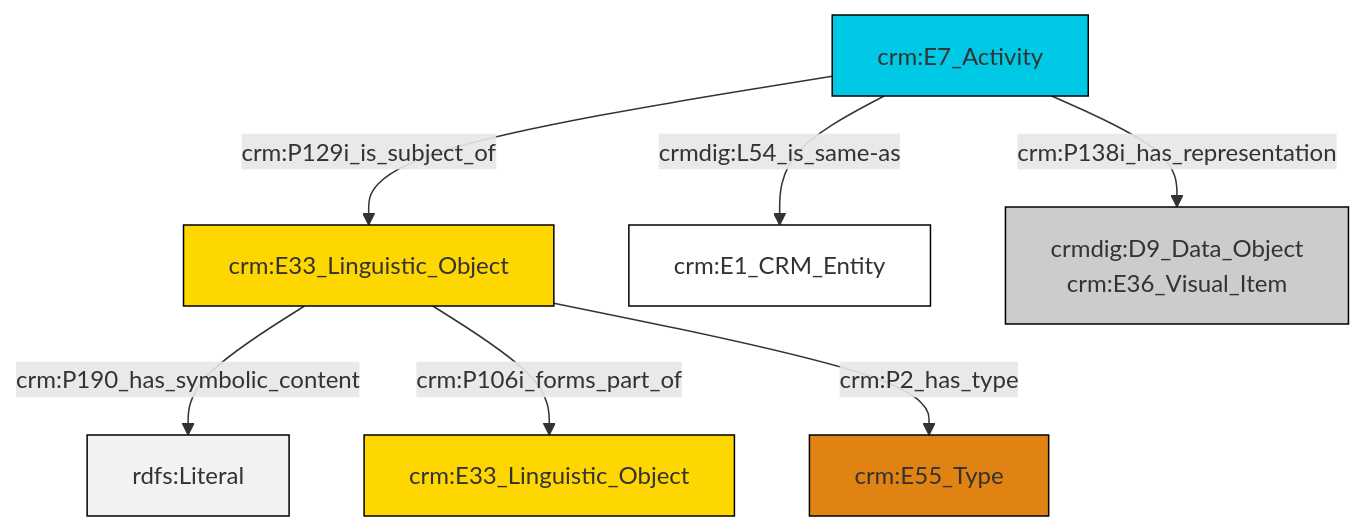
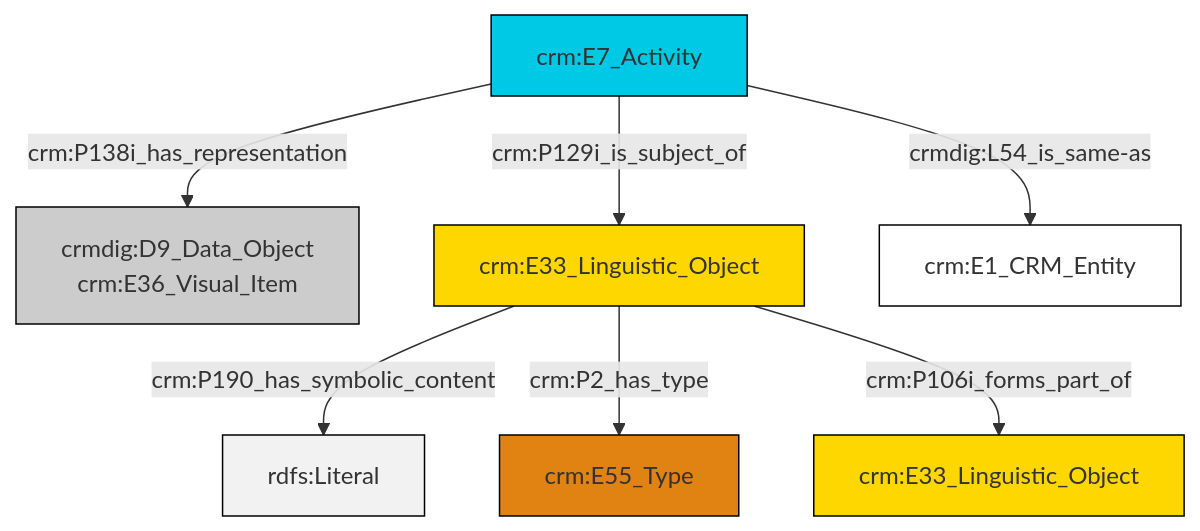
The diagram in et/eventCSV/ttl/mmd/event_documentation.ttl.mmd (swiss-art-research-net/reference-data-models), drawn with Mermaid before and after one commit. The commit also changed 125 other files, not shown here.

```diff
--- a/et/eventCSV/ttl/mmd/event_documentation.ttl.mmd
+++ b/et/eventCSV/ttl/mmd/event_documentation.ttl.mmd
@@ -1,21 +1,21 @@
 graph TD
 classDef Literal fill:#f2f2f2,stroke:#000000;
 classDef CRM_Entity fill:#FFFFFF,stroke:#000000;
 classDef Temporal_Entity fill:#00C9E6, stroke:#000000;
 classDef Type fill:#E18312, stroke:#000000;
 classDef Time-Span fill:#2C9C91, stroke:#000000;
 classDef Appellation fill:#FFEB7F, stroke:#000000;
 classDef Place fill:#008836, stroke:#000000;
 classDef Persistent_Item fill:#B266B2, stroke:#000000;
 classDef Conceptual_Object fill:#FFD700, stroke:#000000;
 classDef Physical_Thing fill:#D2B48C, stroke:#000000;
 classDef Actor fill:#f58aad, stroke:#000000;
 classDef PC_Classes fill:#4ce600, stroke:#000000;
 classDef Multi fill:#cccccc,stroke:#000000;
 
-4["crm:E33_Linguistic_Object"]:::Conceptual_Object -->|crm:P190_has_symbolic_content| 6[rdfs:Literal]:::Literal
-4["crm:E33_Linguistic_Object"]:::Conceptual_Object -->|crm:P106i_forms_part_of| 7["crm:E33_Linguistic_Object"]:::Conceptual_Object
-4["crm:E33_Linguistic_Object"]:::Conceptual_Object -->|crm:P2_has_type| 2["crm:E55_Type"]:::Type
-0["crm:E7_Activity"]:::Temporal_Entity -->|crmdig:L54_is_same-as| 8["crm:E1_CRM_Entity"]:::CRM_Entity
-0["crm:E7_Activity"]:::Temporal_Entity -->|crm:P129i_is_subject_of| 4["crm:E33_Linguistic_Object"]:::Conceptual_Object
-0["crm:E7_Activity"]:::Temporal_Entity -->|crm:P138i_has_representation| 12["crmdig:D9_Data_Object<br>crm:E36_Visual_Item"]:::Multi
+0["crm:E7_Activity"]:::Temporal_Entity -->|crm:P138i_has_representation| 1["crmdig:D9_Data_Object<br>crm:E36_Visual_Item"]:::Multi
+2["crm:E33_Linguistic_Object"]:::Conceptual_Object -->|crm:P190_has_symbolic_content| 3[rdfs:Literal]:::Literal
+0["crm:E7_Activity"]:::Temporal_Entity -->|crm:P129i_is_subject_of| 2["crm:E33_Linguistic_Object"]:::Conceptual_Object
+2["crm:E33_Linguistic_Object"]:::Conceptual_Object -->|crm:P2_has_type| 4["crm:E55_Type"]:::Type
+2["crm:E33_Linguistic_Object"]:::Conceptual_Object -->|crm:P106i_forms_part_of| 8["crm:E33_Linguistic_Object"]:::Conceptual_Object
+0["crm:E7_Activity"]:::Temporal_Entity -->|crmdig:L54_is_same-as| 9["crm:E1_CRM_Entity"]:::CRM_Entity
```
